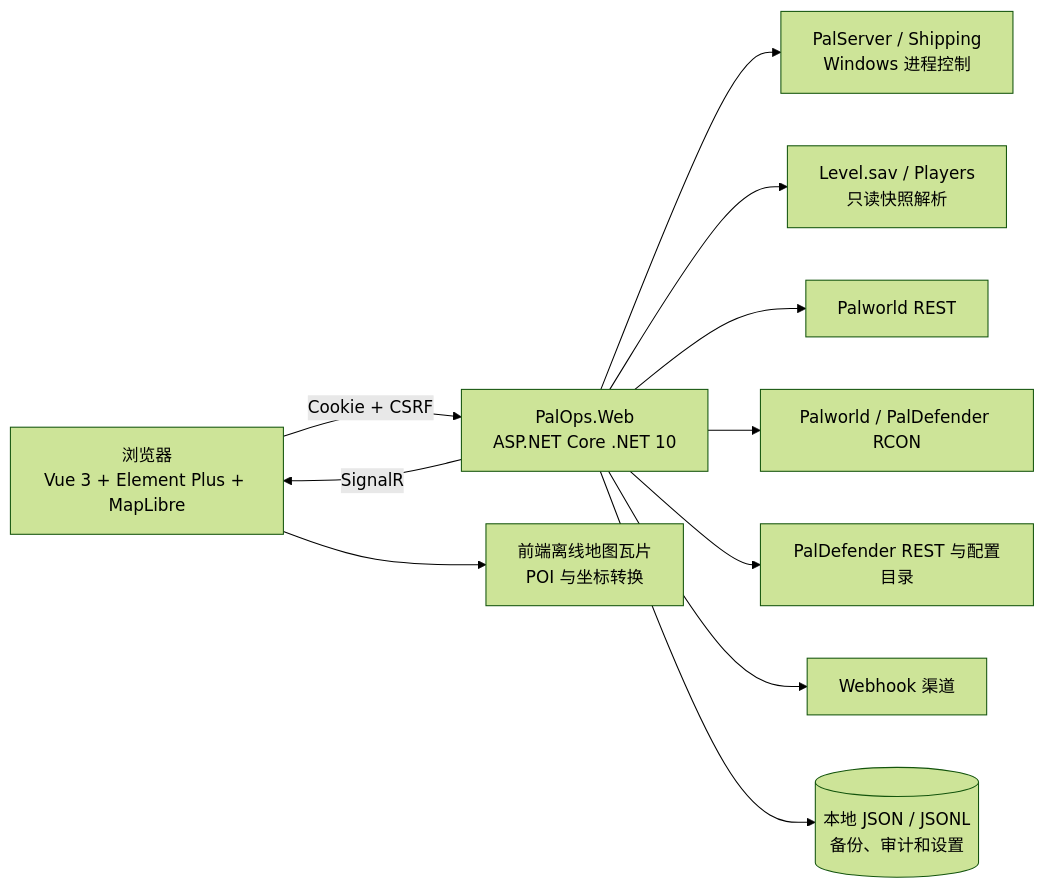
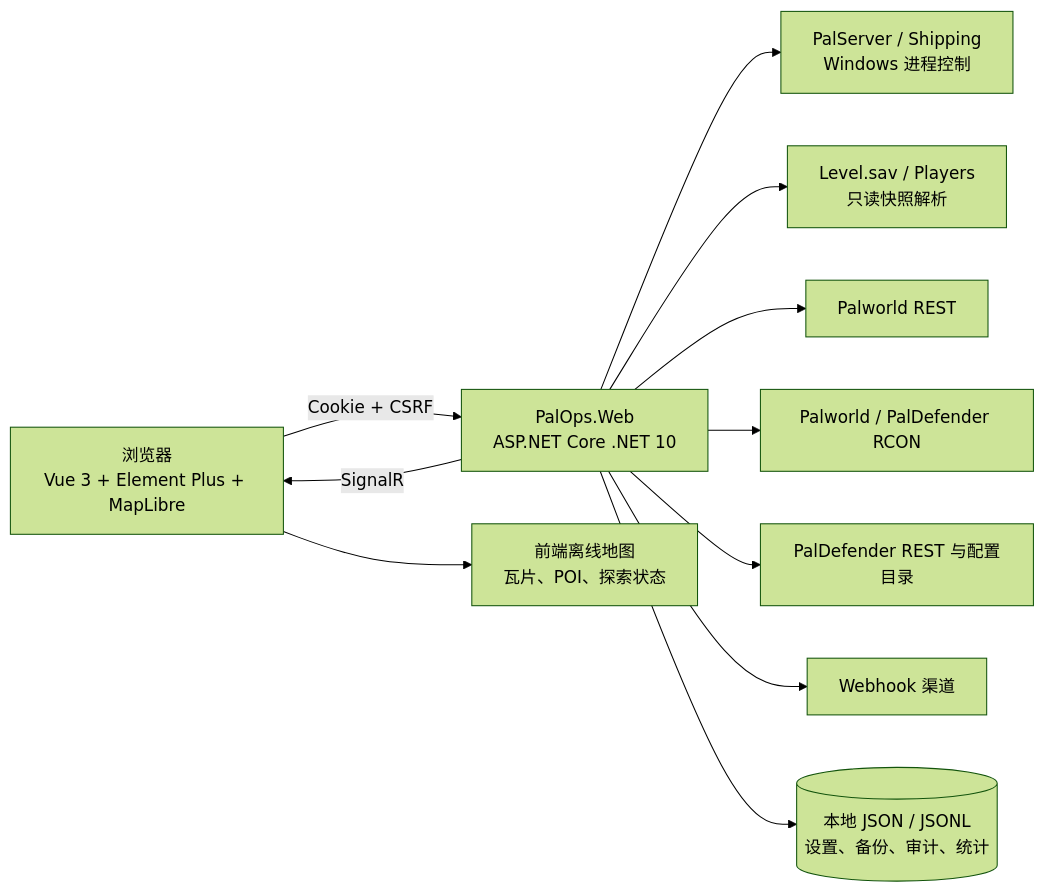
One commit to CoderYiXin/PalOpsWeb changed the second of 2 diagrams in README.md. Above: the diagram before and after it, drawn with Mermaid (forest theme). The commit also changed other lines of this file and 186 other files, not shown here.

````diff
--- a/README.md
+++ b/README.md
@@ -165,13 +219,19 @@
 ```mermaid
 flowchart LR
-    Browser[浏览器\nVue 3 + Element Plus + MapLibre] -->|Cookie + CSRF| Web[PalOps.Web\nASP.NET Core .NET 10]
+    Browser[浏览器
+Vue 3 + Element Plus + MapLibre] -->|Cookie + CSRF| Web[PalOps.Web
+ASP.NET Core .NET 10]
     Web -->|SignalR| Browser
-    Web --> Runtime[PalServer / Shipping\nWindows 进程控制]
-    Web --> Save[Level.sav / Players\n只读快照解析]
+    Web --> Runtime[PalServer / Shipping
+Windows 进程控制]
+    Web --> Save[Level.sav / Players
+只读快照解析]
     Web --> PalREST[Palworld REST]
     Web --> RCON[Palworld / PalDefender RCON]
     Web --> Defender[PalDefender REST 与配置目录]
     Web --> Notify[Webhook 渠道]
-    Web --> Data[(本地 JSON / JSONL\n备份、审计和设置)]
-    Browser --> Map[前端离线地图瓦片\nPOI 与坐标转换]
+    Web --> Data[(本地 JSON / JSONL
+设置、备份、审计、统计)]
+    Browser --> Map[前端离线地图
+瓦片、POI、探索状态]
 ```
````
